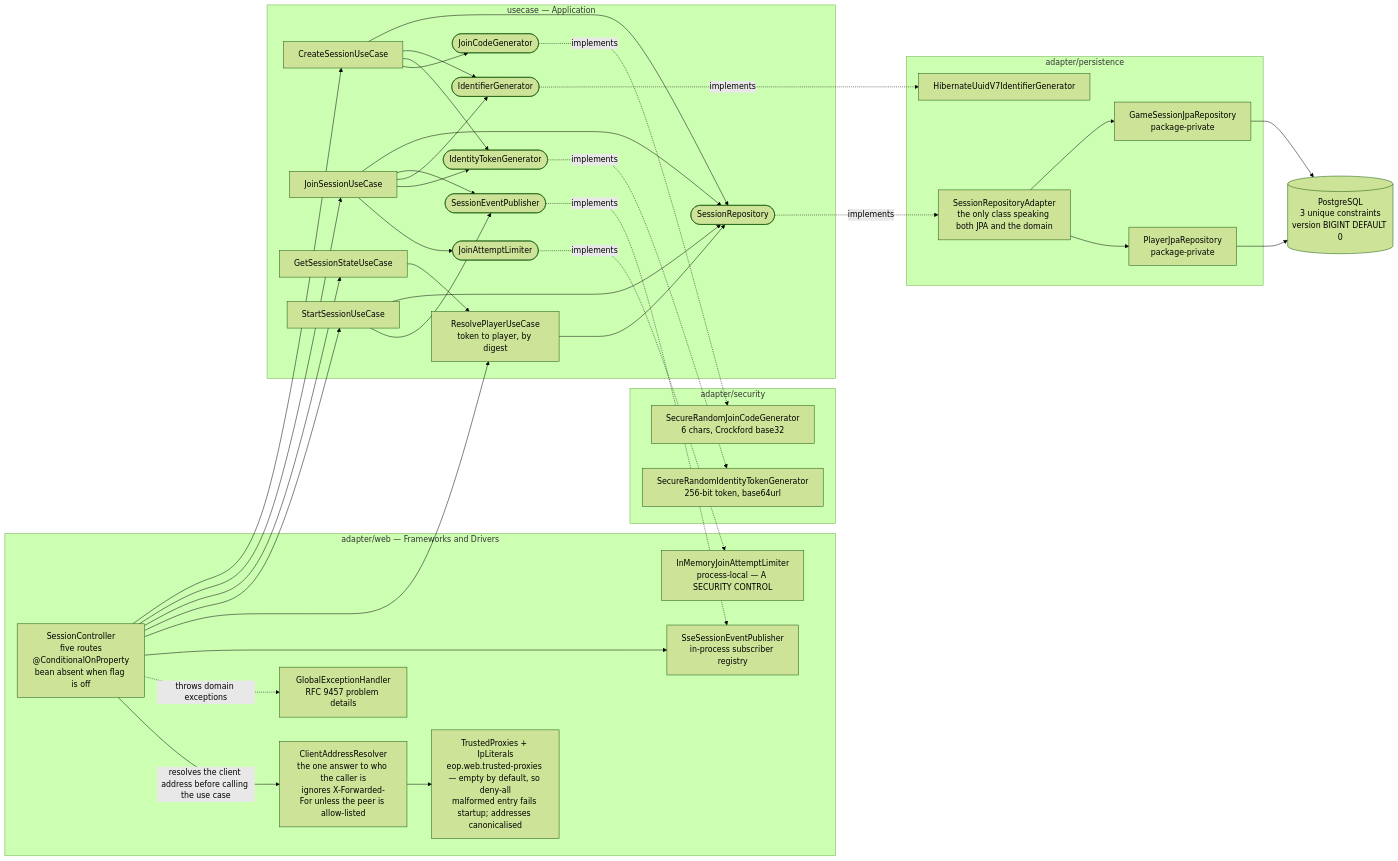
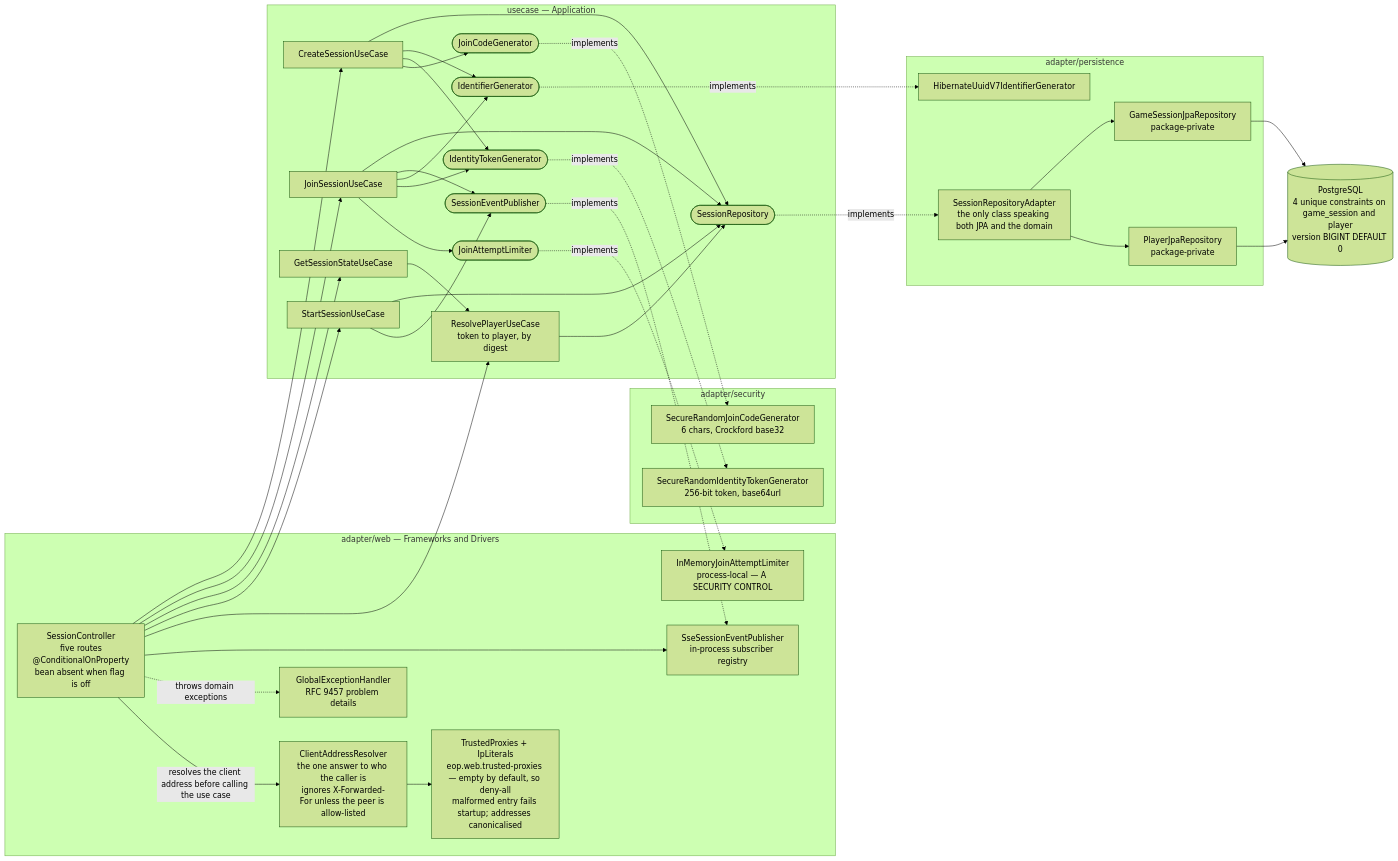
The second of 3 diagrams in docs/architecture/C4-Diagrams.md (maglez/eop-threat-medeling), drawn with Mermaid (forest theme) before and after one commit. The commit also changed other lines of this file and 6 other files, not shown here.

````diff
--- a/docs/architecture/C4-Diagrams.md
+++ b/docs/architecture/C4-Diagrams.md
@@ -101,76 +108,76 @@
 ```mermaid
 flowchart LR
     subgraph web["adapter/web — Frameworks and Drivers"]
         SC["SessionController<br/>five routes<br/>@ConditionalOnProperty<br/>bean absent when flag is off"]
         GEH["GlobalExceptionHandler<br/>RFC 9457 problem details"]
         SSE["SseSessionEventPublisher<br/>in-process subscriber registry"]
         LIM["InMemoryJoinAttemptLimiter<br/>process-local — A SECURITY CONTROL"]
         CA["ClientAddressResolver<br/>the one answer to who the caller is<br/>ignores X-Forwarded-For unless the peer is allow-listed"]
         TP["TrustedProxies + IpLiterals<br/>eop.web.trusted-proxies — empty by default, so deny-all<br/>malformed entry fails startup; addresses canonicalised"]
     end
 
     subgraph secpkg["adapter/security"]
         TOK["SecureRandomIdentityTokenGenerator<br/>256-bit token, base64url"]
         JC["SecureRandomJoinCodeGenerator<br/>6 chars, Crockford base32"]
     end
 
     subgraph usecase["usecase — Application"]
         CREATE["CreateSessionUseCase"]
         JOIN["JoinSessionUseCase"]
         GET["GetSessionStateUseCase"]
         START["StartSessionUseCase"]
         RESOLVE["ResolvePlayerUseCase<br/>token to player, by digest"]
 
         P1(["SessionRepository"])
         P2(["SessionEventPublisher"])
         P3(["IdentifierGenerator"])
         P4(["IdentityTokenGenerator"])
         P5(["JoinCodeGenerator"])
         P6(["JoinAttemptLimiter"])
     end
 
     subgraph persist["adapter/persistence"]
         SRA["SessionRepositoryAdapter<br/>the only class speaking both JPA and the domain"]
         GSR["GameSessionJpaRepository<br/>package-private"]
         PJR["PlayerJpaRepository<br/>package-private"]
         UUIDG["HibernateUuidV7IdentifierGenerator"]
     end
 
-    DB[("PostgreSQL<br/>3 unique constraints<br/>version BIGINT DEFAULT 0")]
+    DB[("PostgreSQL<br/>4 unique constraints on game_session and player<br/>version BIGINT DEFAULT 0")]
 
     SC --> CREATE
     SC --> JOIN
     SC --> GET
     SC --> START
     SC --> RESOLVE
     SC --> SSE
     SC -.->|"throws domain exceptions"| GEH
     SC -->|"resolves the client address before calling the use case"| CA
     CA --> TP
 
     CREATE --> P1
     CREATE --> P3
     CREATE --> P4
     CREATE --> P5
     JOIN --> P1
     JOIN --> P2
     JOIN --> P3
     JOIN --> P4
     JOIN --> P6
     GET --> RESOLVE
     START --> P1
     START --> P2
     RESOLVE --> P1
 
     P1 -.->|implements| SRA
     P2 -.->|implements| SSE
     P3 -.->|implements| UUIDG
     P4 -.->|implements| TOK
     P5 -.->|implements| JC
     P6 -.->|implements| LIM
 
     SRA --> GSR
     SRA --> PJR
     GSR --> DB
     PJR --> DB
 ```
````
